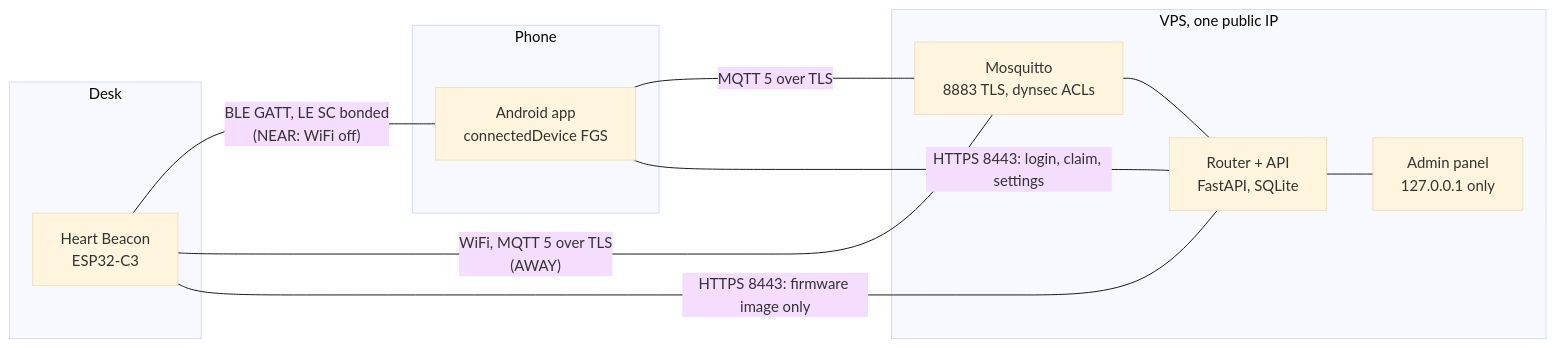
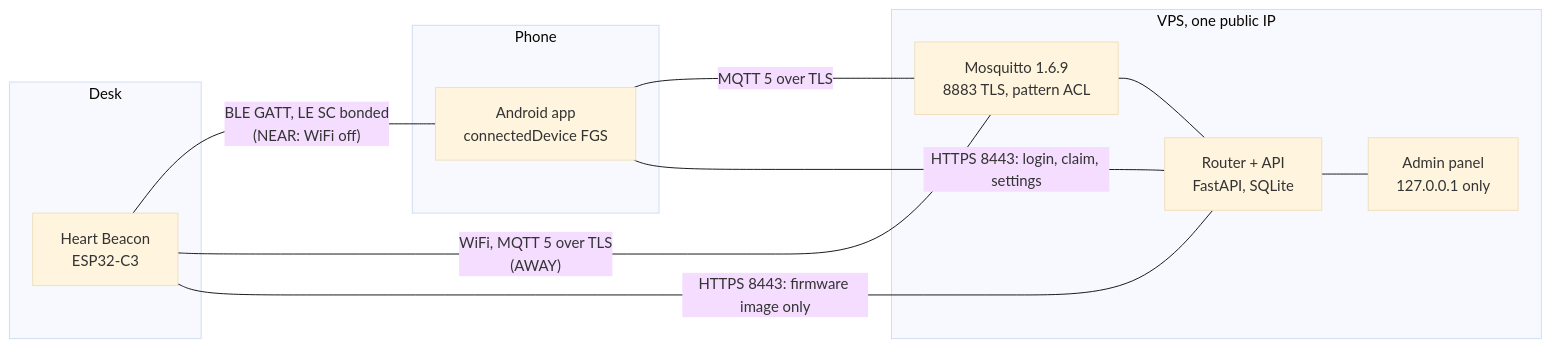
Before and after one commit to adi04jan/MQTT_Heart_beacon: the first of 2 diagrams in docs/plans/2026-11-23-heart-beacon-v2-plan.md, drawn with Mermaid (base theme). The commit also changed other lines of this file and 1 other file, not shown here.

Commit message:
Plan and checklist: protocol round 2 done, NAP off by default, 1.6.9 broker replaces dynsec and net.wifi in the plan text, nav-bar fix verified on the emulator

````diff
--- a/docs/plans/2026-11-23-heart-beacon-v2-plan.md
+++ b/docs/plans/2026-11-23-heart-beacon-v2-plan.md
@@ -25,21 +25,21 @@
 ```mermaid
 flowchart LR
   subgraph Desk
     B[Heart Beacon<br/>ESP32-C3]
   end
   subgraph Phone
     A[Android app<br/>connectedDevice FGS]
   end
   subgraph VPS[VPS, one public IP]
-    M[Mosquitto<br/>8883 TLS, dynsec ACLs]
+    M[Mosquitto 1.6.9<br/>8883 TLS, pattern ACL]
     R[Router + API<br/>FastAPI, SQLite]
     P[Admin panel<br/>127.0.0.1 only]
   end
   B -- "BLE GATT, LE SC bonded<br/>(NEAR: WiFi off)" --- A
   B -- "WiFi, MQTT 5 over TLS<br/>(AWAY)" --- M
   A -- "MQTT 5 over TLS" --- M
   A -- "HTTPS 8443: login, claim, settings" --- R
   B -- "HTTPS 8443: firmware image only" --- R
   M --- R
   R --- P
 ```
````
